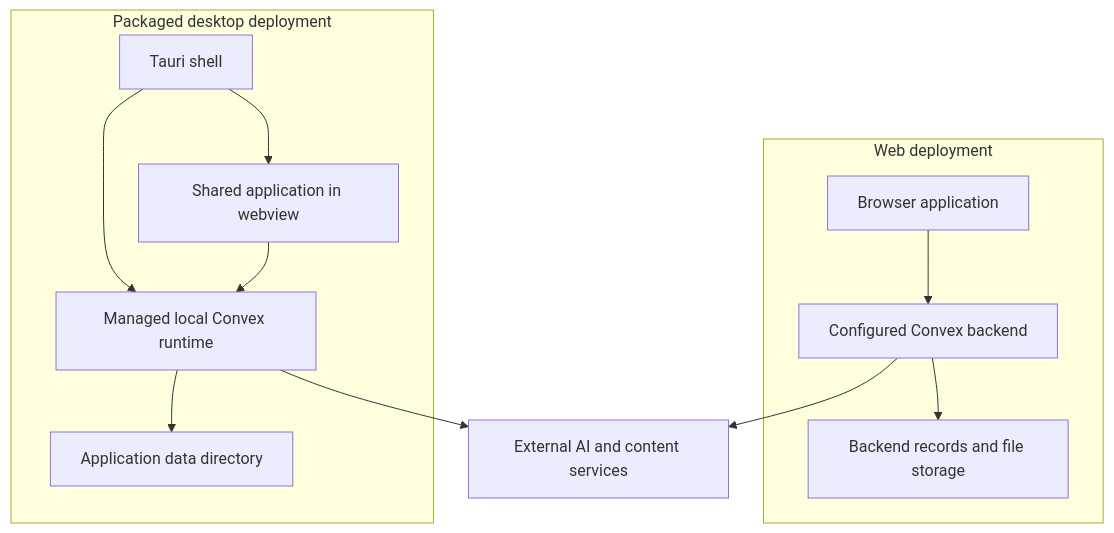
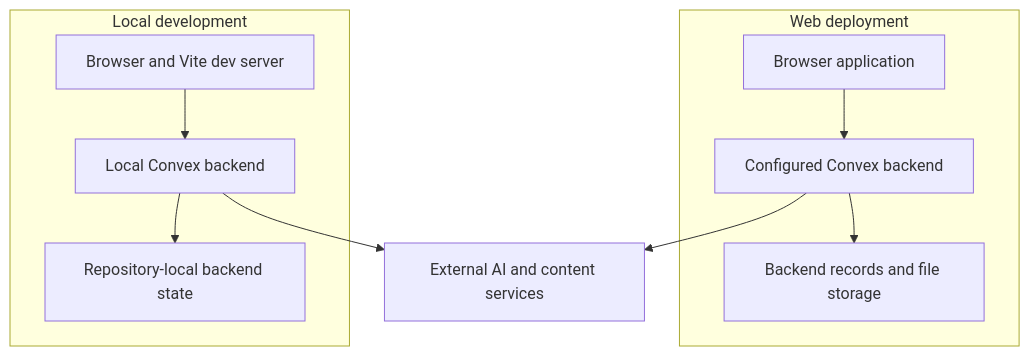
Before and after one commit to nicksan222/groam: the diagram in docs/architecture/runtime-and-deployment.md, drawn with Mermaid. The commit also changed other lines of this file and 264 other files, not shown here.

````diff
--- a/docs/architecture/runtime-and-deployment.md
+++ b/docs/architecture/runtime-and-deployment.md
@@ -10,15 +8,13 @@
 ```mermaid
 flowchart TB
   subgraph Web[Web deployment]
     Browser[Browser application] --> Remote[Configured Convex backend]
     Remote --> HostedData[Backend records and file storage]
   end
-  subgraph Desktop[Packaged desktop deployment]
-    Shell[Tauri shell] --> UI[Shared application in webview]
-    Shell --> Local[Managed local Convex runtime]
-    UI --> Local
-    Local --> LocalData[Application data directory]
+  subgraph Local[Local development]
+    Dev[Browser and Vite dev server] --> LocalBackend[Local Convex backend]
+    LocalBackend --> LocalData[Repository-local backend state]
   end
   Remote --> External[External AI and content services]
-  Local --> External
+  LocalBackend --> External
 ```
````
